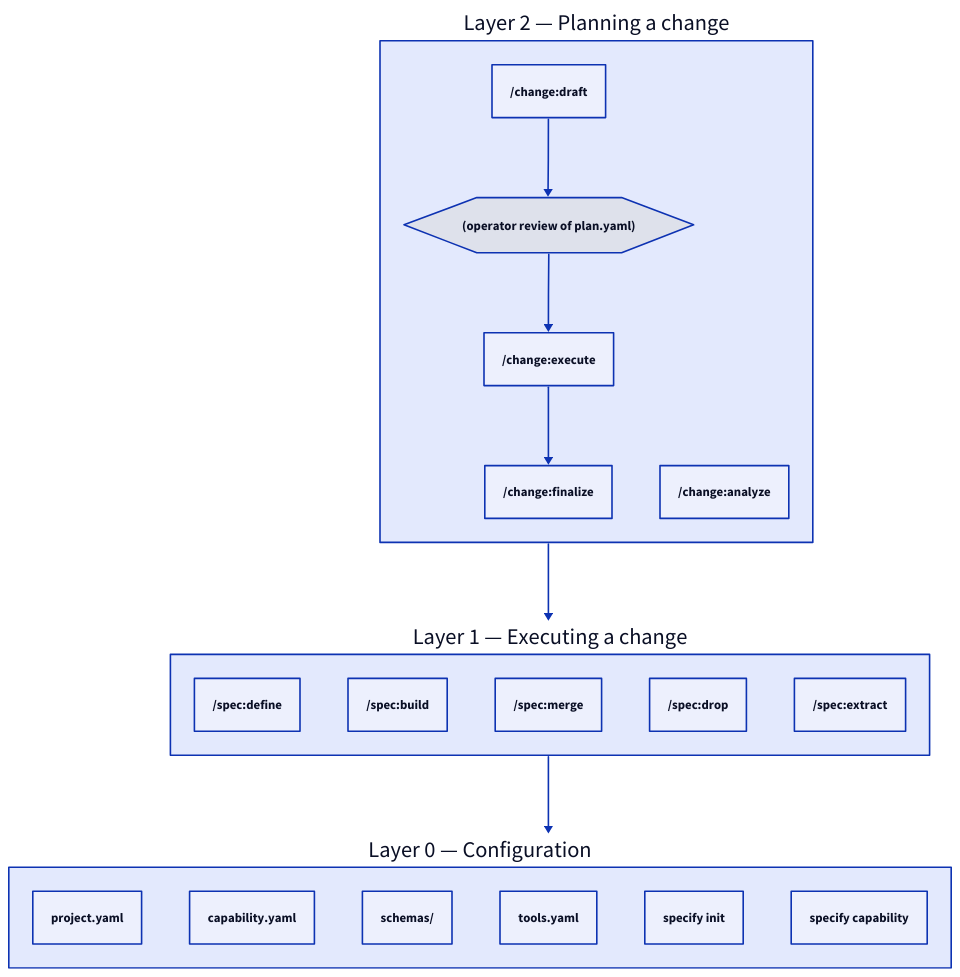
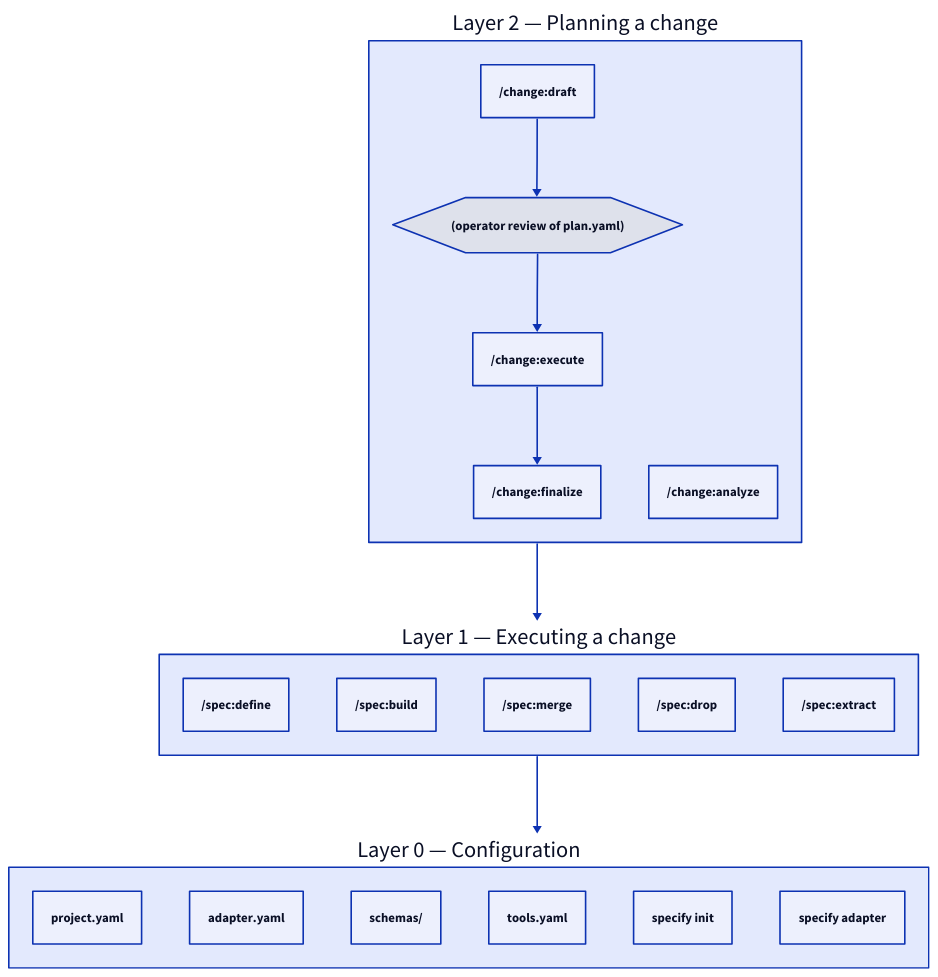
One commit to augentic/anvil changed the diagram in docs/explanation/layered-stack.md. Above: the diagram before and after it, drawn with D2. The commit also changed other lines of this file and 425 other files, not shown here.

````diff
--- a/docs/explanation/layered-stack.md
+++ b/docs/explanation/layered-stack.md
@@ -5,34 +5,34 @@
 ```d2
 direction: down
 
 Layer2: "Layer 2 — Planning a change" {
   draft: "/change:draft"
   review: "(operator review of plan.yaml)" {shape: hexagon}
   execute: "/change:execute"
   finalize: "/change:finalize"
   analyze: "/change:analyze"
   draft -> review
   review -> execute
   execute -> finalize
 }
 
 Layer1: "Layer 1 — Executing a change" {
   define: "/spec:define"
   build: "/spec:build"
   mergeSkill: "/spec:merge"
   drop: "/spec:drop"
   extract: "/spec:extract"
 }
 
 Layer0: "Layer 0 — Configuration" {
   projectYaml: "project.yaml"
-  capabilityYaml: "capability.yaml"
+  adapterYaml: "adapter.yaml"
   schemas: "schemas/"
   toolsYaml: "tools.yaml"
   initVerb: "specify init"
-  capabilityVerb: "specify capability"
+  adapterVerb: "specify adapter"
 }
 
 Layer2 -> Layer1
 Layer1 -> Layer0
 ```
````
